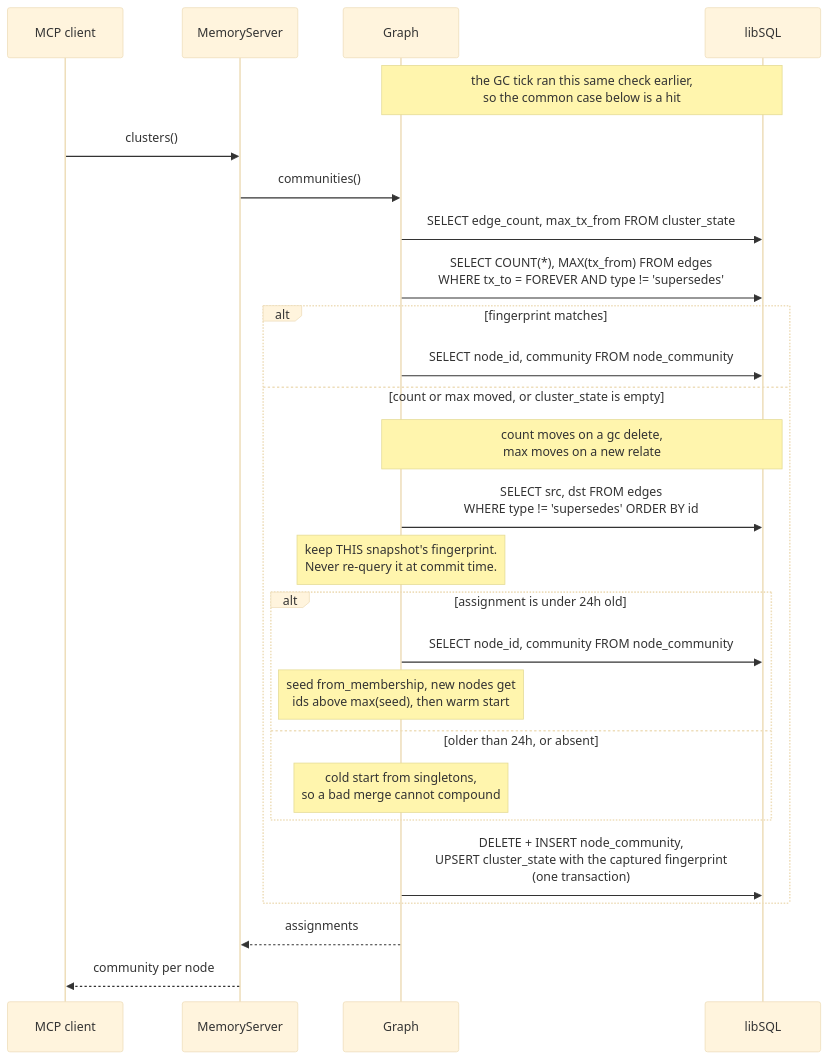
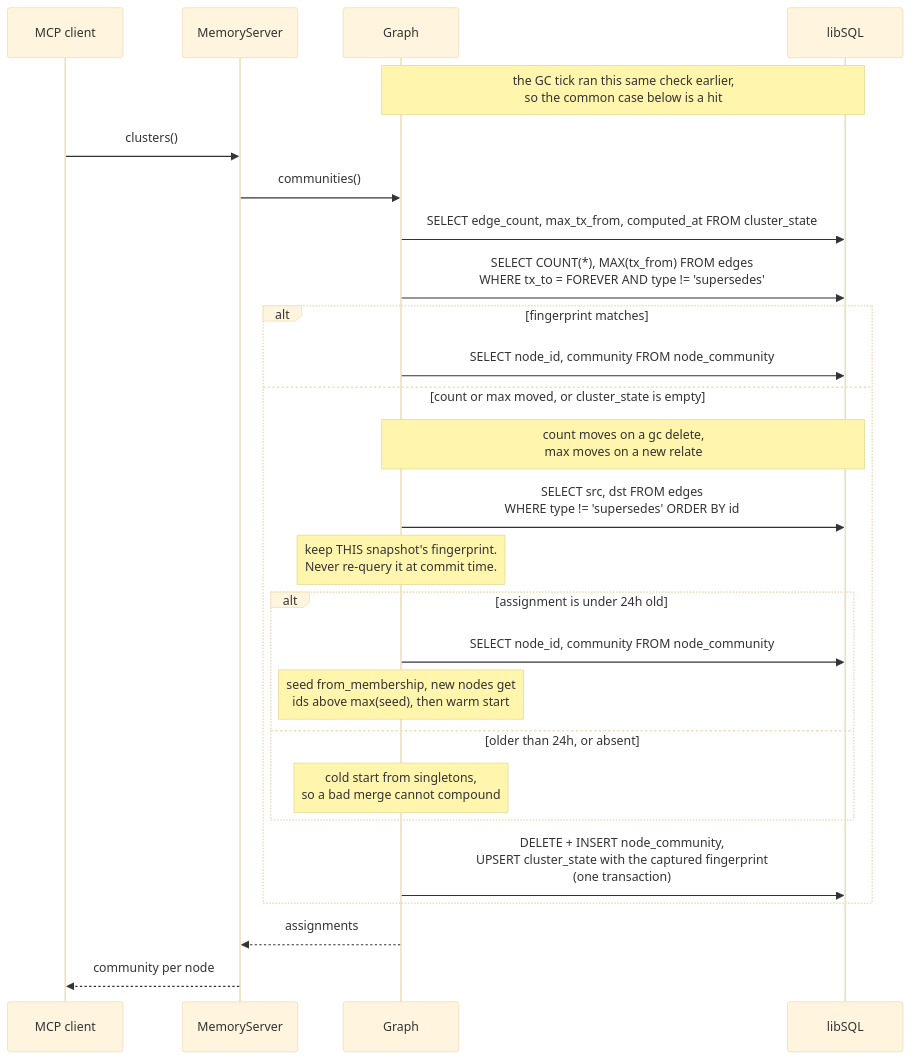
The third of 3 diagrams in docs/adr/0002-cluster-recompute-cadence.md (protocortex/liam), drawn with Mermaid (base theme) before and after one commit. The commit also changed other lines of this file, not shown here.

First line of the commit message:
docs(adr): detail cluster_state columns and cold-start rule

````diff
--- a/docs/adr/0002-cluster-recompute-cadence.md
+++ b/docs/adr/0002-cluster-recompute-cadence.md
@@ -381,34 +395,34 @@
 ```mermaid
 sequenceDiagram
     participant Client as MCP client
     participant Server as MemoryServer
     participant Graph as Graph
     participant DB as libSQL
 
     Note over Graph,DB: the GC tick ran this same check earlier,<br/>so the common case below is a hit
 
     Client->>Server: clusters()
     Server->>Graph: communities()
-    Graph->>DB: SELECT edge_count, max_tx_from FROM cluster_state
+    Graph->>DB: SELECT edge_count, max_tx_from, computed_at FROM cluster_state
     Graph->>DB: SELECT COUNT(*), MAX(tx_from) FROM edges<br/>WHERE tx_to = FOREVER AND type != 'supersedes'
 
     alt fingerprint matches
         Graph->>DB: SELECT node_id, community FROM node_community
     else count or max moved, or cluster_state is empty
         Note over Graph,DB: count moves on a gc delete,<br/>max moves on a new relate
         Graph->>DB: SELECT src, dst FROM edges<br/>WHERE type != 'supersedes' ORDER BY id
         Note over Graph: keep THIS snapshot's fingerprint.<br/>Never re-query it at commit time.
 
         alt assignment is under 24h old
             Graph->>DB: SELECT node_id, community FROM node_community
             Note over Graph: seed from_membership, new nodes get<br/>ids above max(seed), then warm start
         else older than 24h, or absent
             Note over Graph: cold start from singletons,<br/>so a bad merge cannot compound
         end
 
         Graph->>DB: DELETE + INSERT node_community,<br/>UPSERT cluster_state with the captured fingerprint<br/>(one transaction)
     end
 
     Graph-->>Server: assignments
     Server-->>Client: community per node
 ```
````
